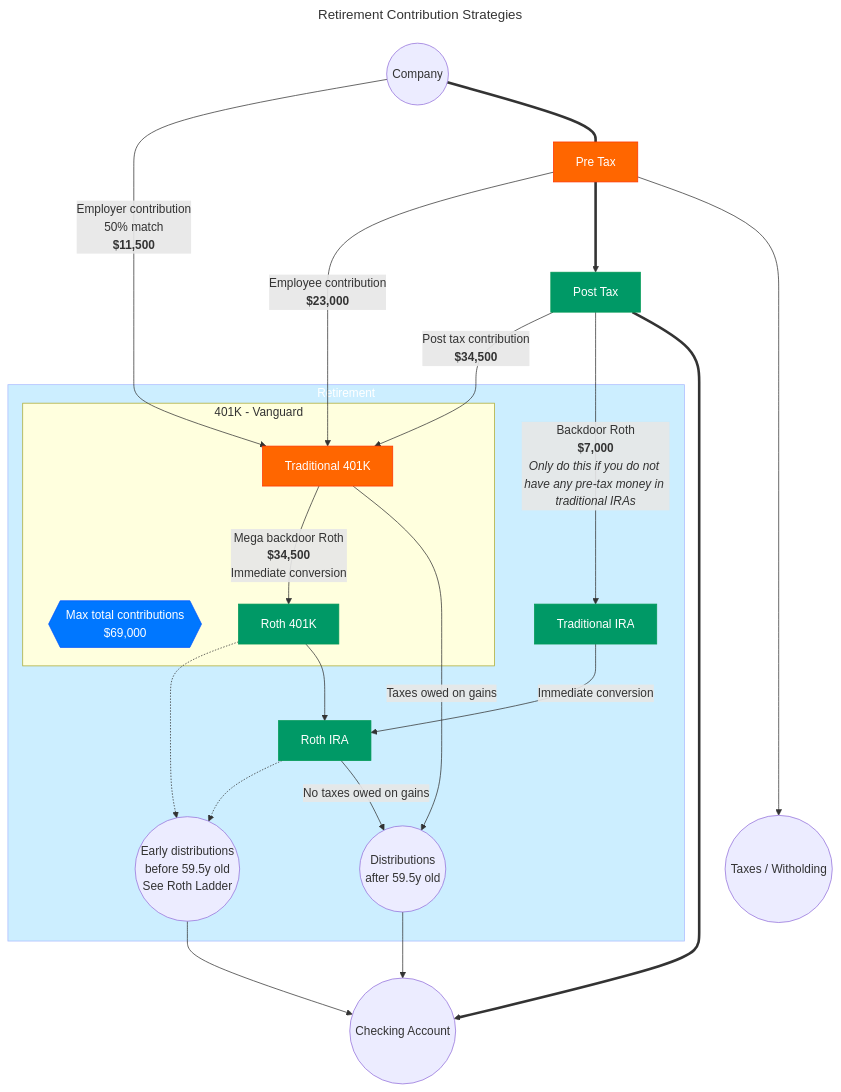
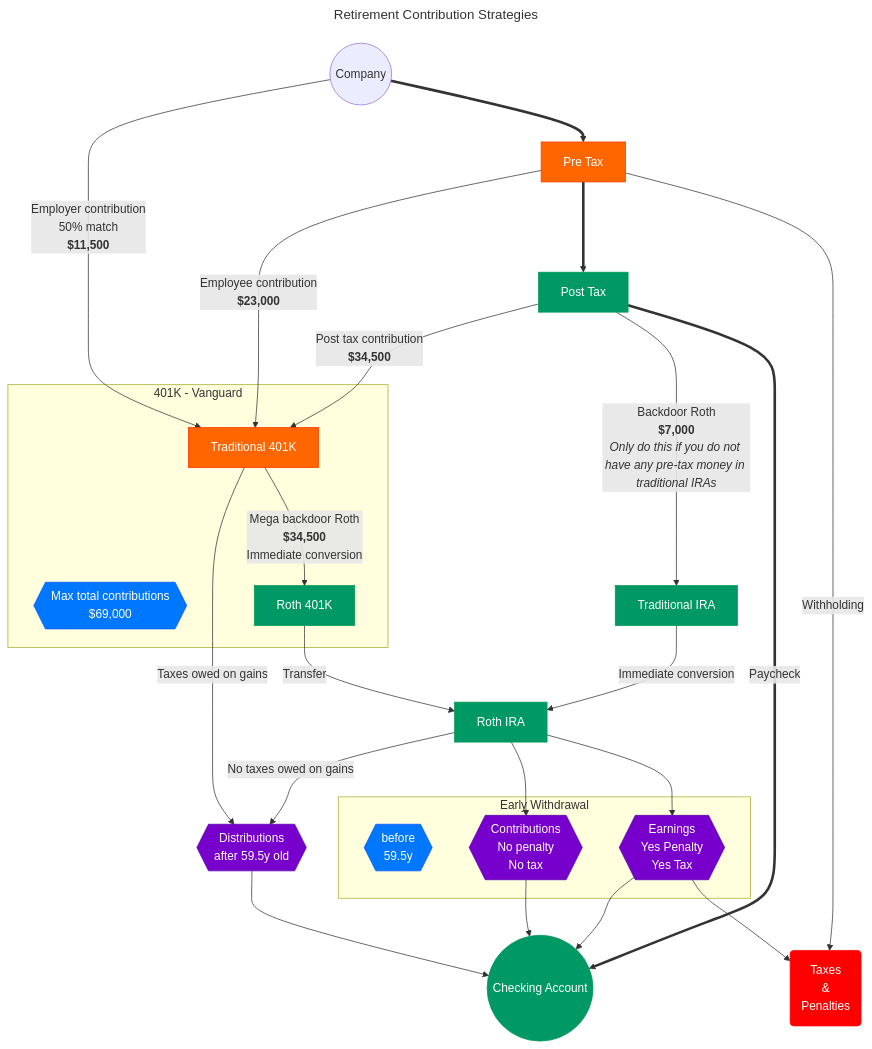
The diagram in retirement.md (kramercat/finance), drawn with Mermaid before and after one commit. The commit also changed other lines of this file, not shown here.

````diff
--- a/retirement.md
+++ b/retirement.md
@@ -36,54 +40,65 @@
 ```mermaid
 ---
 title: Retirement Contribution Strategies
 ---
 flowchart TD
 
 %% Definitions
 Company((Company))
 
-pretax[Pre Tax]:::red
-taxes((Taxes / Witholding))
+pretax[Pre Tax]:::orange
 posttax[Post Tax]:::green
-checking((Checking Account))
+checking((Checking Account)):::green
+taxes(Taxes<br/>&<br/>Penalties<br/>):::red
+ira-trad[Traditional IRA]:::green
+ira-roth[Roth IRA]:::green
 
-
-subgraph Retirement
-    ira-trad[Traditional IRA]:::green
-    ira-roth[Roth IRA]:::green
-    dist-early((Early distributions<br/>before 59.5y old<br/>See Roth Ladder))
-    dist-retirement((Distributions<br/>after 59.5y old))
-    subgraph 401K - Vanguard
-        401k-info{{Max total contributions<br/>$69,000}}:::blue
-        401k-trad[Traditional 401K]:::red
-        401k-roth[Roth 401K]:::green
-    end
+subgraph 401K - Vanguard
+  401k-info{{Max total contributions<br/>$69,000}}:::blue
+  401k-trad[Traditional 401K]:::orange
+  401k-roth[Roth 401K]:::green
 end
 
 %% Arrows / Flows
 Company --Employer contribution<br/>50% match<br/><b>$11,500</b>--> 401k-trad
-Company === pretax
+Company ==> pretax
 pretax --Employee contribution<br/><b>$23,000</b>--> 401k-trad
 pretax ==> posttax
-pretax ------> taxes
+
 posttax --Post tax contribution<br/><b>$34,500</b><br/>--> 401k-trad
 401k-trad --Mega backdoor Roth<br/><b>$34,500</b><br/>Immediate conversion-->401k-roth
 
-401k-roth & ira-roth -.-> dist-early
-
-401k-roth --> ira-roth
+401k-roth --Transfer--> ira-roth
 posttax --Backdoor Roth<br/><b>$7,000</b><br/><i>Only do this if you do not have any pre-tax money in traditional IRAs</i>--> ira-trad 
 ira-trad --Immediate conversion--> ira-roth
-posttax =====> checking
 
 401k-trad --Taxes owed on gains--> dist-retirement
 ira-roth --No taxes owed on gains--> dist-retirement
-dist-retirement & dist-early --> checking
+
+dist-retirement{{Distributions<br/>after 59.5y old}}:::purple
+dist-retirement --> checking
+
+subgraph Early Withdrawal
+   age{{before<br/>59.5y}}:::blue
+   withdraw-early-contributions{{Contributions<br/>No penalty<br/>No tax}}:::purple
+   withdraw-early-earnings{{Earnings<br/>Yes Penalty<br/>Yes Tax}}:::purple
+end
+
+ira-roth --> withdraw-early-contributions
+withdraw-early-contributions --> checking
+
+ira-roth --> withdraw-early-earnings
+withdraw-early-earnings --> taxes
+withdraw-early-earnings --> checking
+
+posttax ==Paycheck==> checking
+pretax --Withholding--> taxes
 
 %% Styling
 
-classDef red fill:#ff6600,stroke:#ff3300,color:#ffffff
+classDef purple fill:#7700cc,stroke:#5500aa,color:#ffffff
+classDef red fill:#ff0000,stroke:#ff0000,color:#ffffff
+classDef orange fill:#ff6600,stroke:#ff3300,color:#ffffff
 classDef green fill:#009966,stroke:#009955,color:#ffffff
 classDef blue fill:#0077ff,stroke:#0055ff,color:#ffffff
-style Retirement fill:#cceeff,stroke:#aabbff,color:#ffffff
 ```
````
